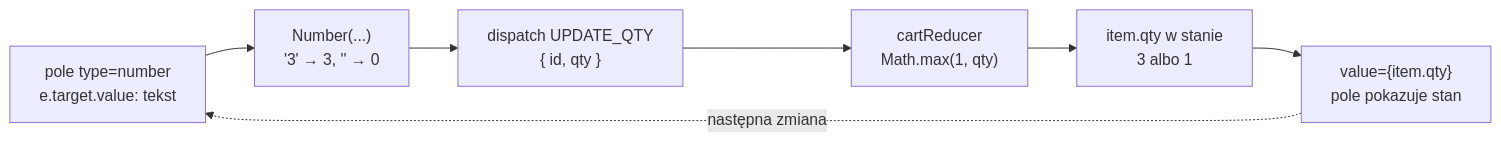
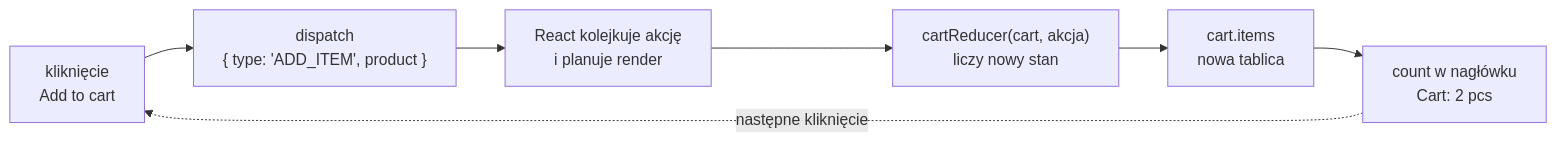
Before and after one commit to mmiotk/frontend-development-ug: the diagram in lecture04/slides/slide_02_usereducer.md, drawn with Mermaid. The commit also changed other lines of this file and 38 other files, not shown here.

````diff
--- a/lecture04/slides/slide_02_usereducer.md
+++ b/lecture04/slides/slide_02_usereducer.md
@@ -147,10 +158,10 @@
 ```mermaid
 %%{init: {"flowchart": {"wrappingWidth": 360}}}%%
 flowchart LR
-    I["pole type=number<br/>e.target.value: tekst"] --> N["Number(...)<br/>'3' → 3, '' → 0"]
-    N --> D["dispatch UPDATE_QTY<br/>{ id, qty }"]
-    D --> R["cartReducer<br/>Math.max(1, qty)"]
-    R --> S["item.qty w stanie<br/>3 albo 1"]
-    S --> V["value={item.qty}<br/>pole pokazuje stan"]
-    V -. "następna zmiana" .-> I
+    K["kliknięcie<br/>Add to cart"] --> D["dispatch<br/>{ type: 'ADD_ITEM', product }"]
+    D --> Q["React kolejkuje akcję<br/>i planuje render"]
+    Q --> R["cartReducer(cart, akcja)<br/>liczy nowy stan"]
+    R --> S["cart.items<br/>nowa tablica"]
+    S --> V["count w nagłówku<br/>Cart: 2 pcs"]
+    V -. "następne kliknięcie" .-> K
 ```
````
